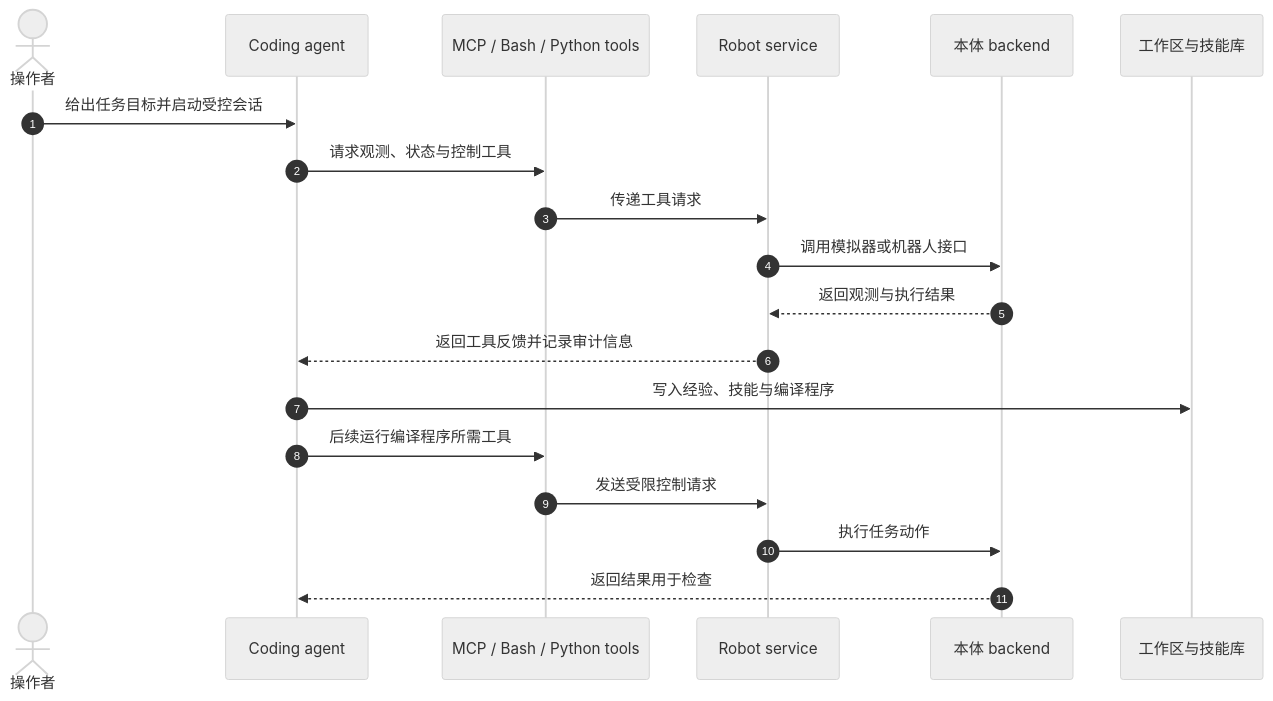
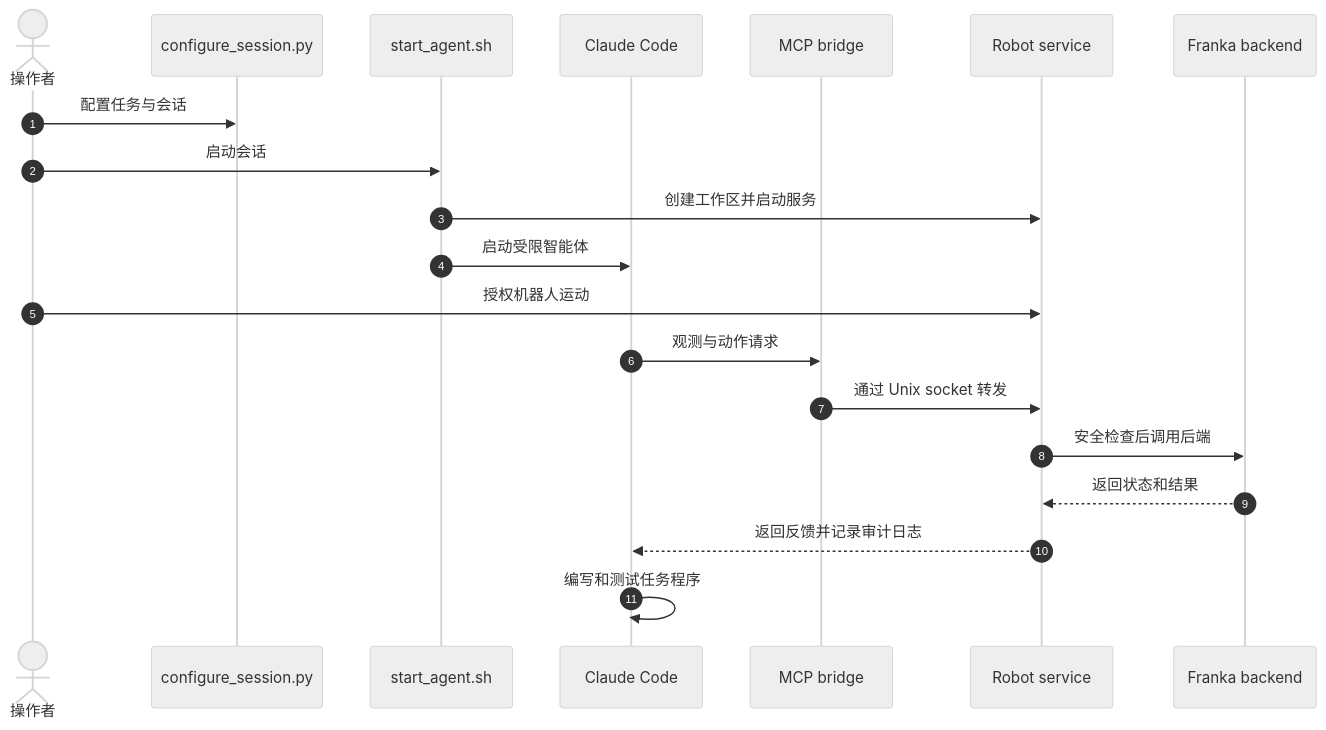
One commit to ImChong/Robotics_Notebooks changed the second of 2 diagrams in wiki/entities/rax-scaling-online-exploration.md. Above: the diagram before and after it, drawn with Mermaid (neutral theme). The commit also changed other lines of this file, not shown here.

Commit message:
[2026-11-04] ingest | wiki/entities/rax-scaling-online-exploration.md — 修正评测口径并补充真机运行时序

````diff
--- a/wiki/entities/rax-scaling-online-exploration.md
+++ b/wiki/entities/rax-scaling-online-exploration.md
@@ -108,21 +115,22 @@
 ```mermaid
 sequenceDiagram
   autonumber
-  actor User as 操作者
-  participant Agent as Coding agent
-  participant MCP as MCP / Bash / Python tools
+  actor Operator as 操作者
+  participant Config as configure_session.py
+  participant Launcher as start_agent.sh
+  participant Agent as Claude Code
+  participant Bridge as MCP bridge
   participant Service as Robot service
-  participant Backend as 本体 backend
-  participant Workspace as 工作区与技能库
-  User->>Agent: 给出任务目标并启动受控会话
-  Agent->>MCP: 请求观测、状态与控制工具
-  MCP->>Service: 传递工具请求
-  Service->>Backend: 调用模拟器或机器人接口
-  Backend-->>Service: 返回观测与执行结果
-  Service-->>Agent: 返回工具反馈并记录审计信息
-  Agent->>Workspace: 写入经验、技能与编译程序
-  Agent->>MCP: 后续运行编译程序所需工具
-  MCP->>Service: 发送受限控制请求
-  Service->>Backend: 执行任务动作
-  Backend-->>Agent: 返回结果用于检查
+  participant Robot as Franka backend
+  Operator->>Config: 配置任务与会话
+  Operator->>Launcher: 启动会话
+  Launcher->>Service: 创建工作区并启动服务
+  Launcher->>Agent: 启动受限智能体
+  Operator->>Service: 授权机器人运动
+  Agent->>Bridge: 观测与动作请求
+  Bridge->>Service: 通过 Unix socket 转发
+  Service->>Robot: 安全检查后调用后端
+  Robot-->>Service: 返回状态和结果
+  Service-->>Agent: 返回反馈并记录审计日志
+  Agent->>Agent: 编写和测试任务程序
 ```
````
